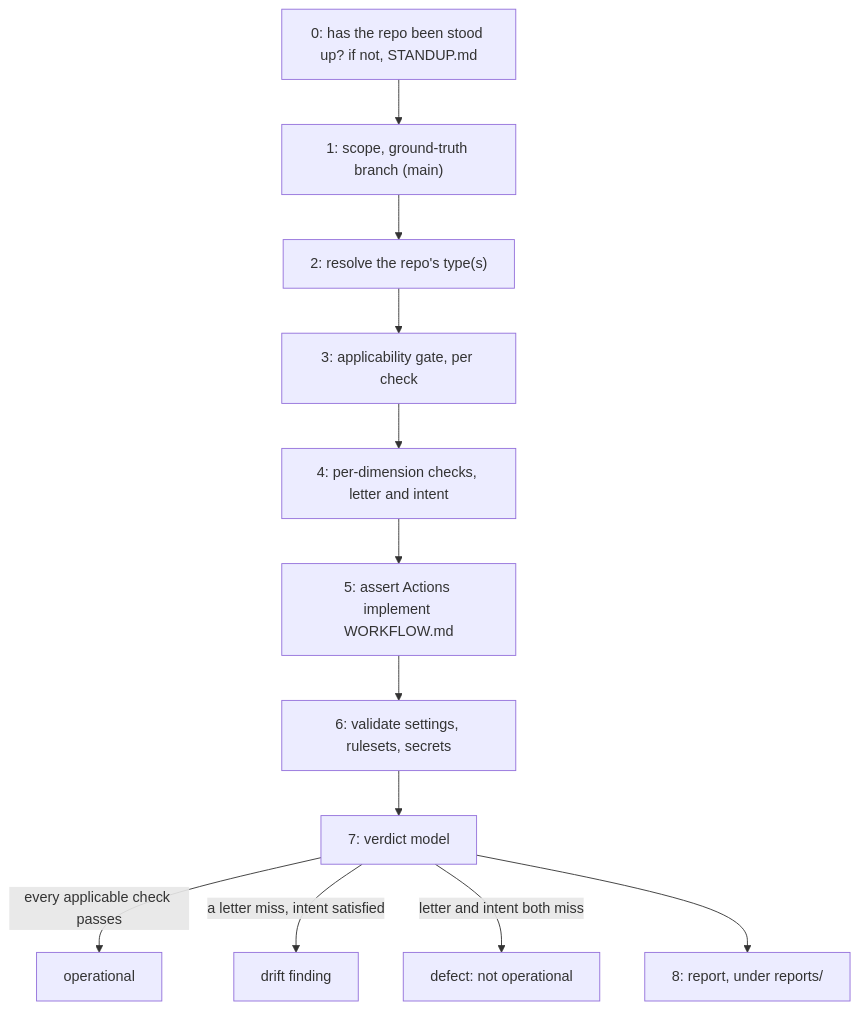
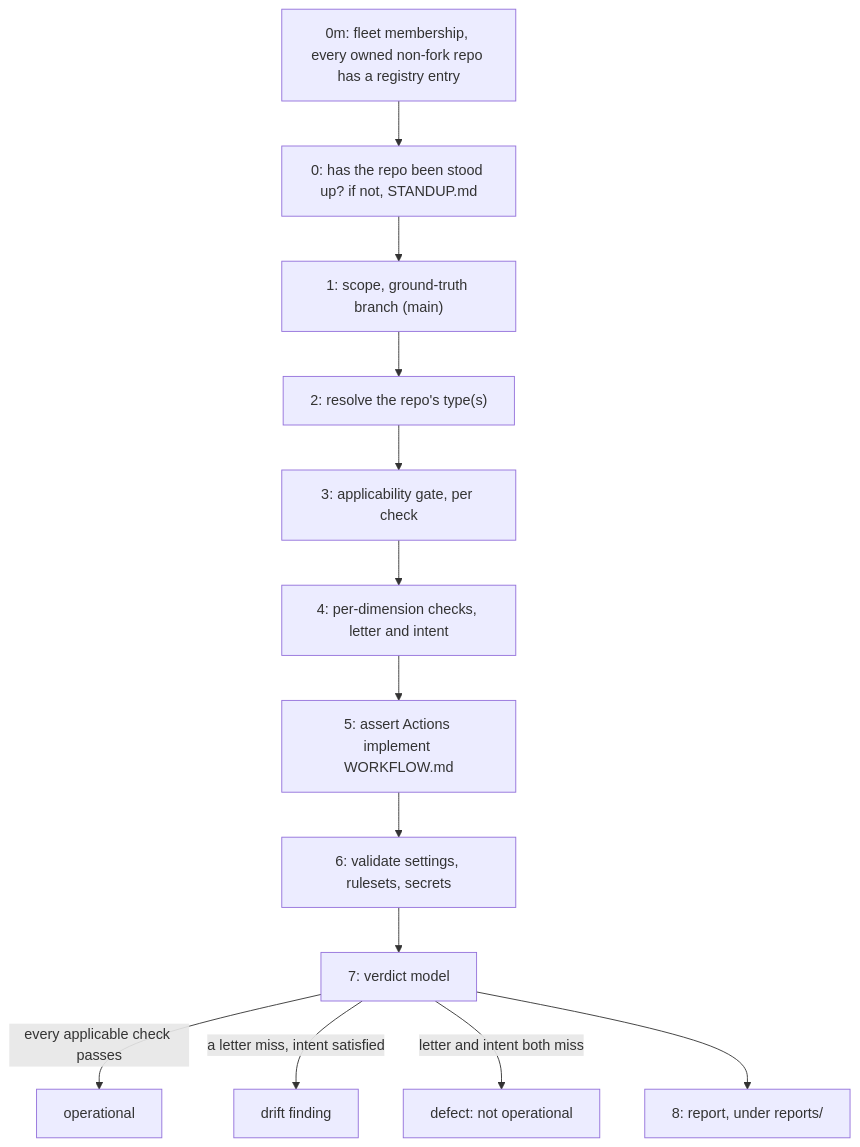
The first of 2 diagrams in AUDIT.md (ptr727/ProjectTemplate), drawn with Mermaid before and after one commit. The commit also changed other lines of this file and 8 other files, not shown here.

First line of the commit message:
Add a Fleet Membership Check to spec/audit.py (#909)

````diff
--- a/AUDIT.md
+++ b/AUDIT.md
@@ -10,14 +10,15 @@
 ```mermaid
 flowchart TD
-  s0["0: has the repo been stood up? if not, STANDUP.md"] --> s1["1: scope, ground-truth branch (main)"]
+  s0m["0m: fleet membership, every owned non-fork repo has a registry entry"] --> s0["0: has the repo been stood up? if not, STANDUP.md"]
+  s0 --> s1["1: scope, ground-truth branch (main)"]
   s1 --> s2["2: resolve the repo's type(s)"]
   s2 --> s3["3: applicability gate, per check"]
   s3 --> s4["4: per-dimension checks, letter and intent"]
   s4 --> s5["5: assert Actions implement WORKFLOW.md"]
   s5 --> s6["6: validate settings, rulesets, secrets"]
   s6 --> s7["7: verdict model"]
   s7 -->|"every applicable check passes"| operational["operational"]
   s7 -->|"a letter miss, intent satisfied"| drift["drift finding"]
   s7 -->|"letter and intent both miss"| defect["defect: not operational"]
   s7 --> s8["8: report, under reports/"]
 ```
````
